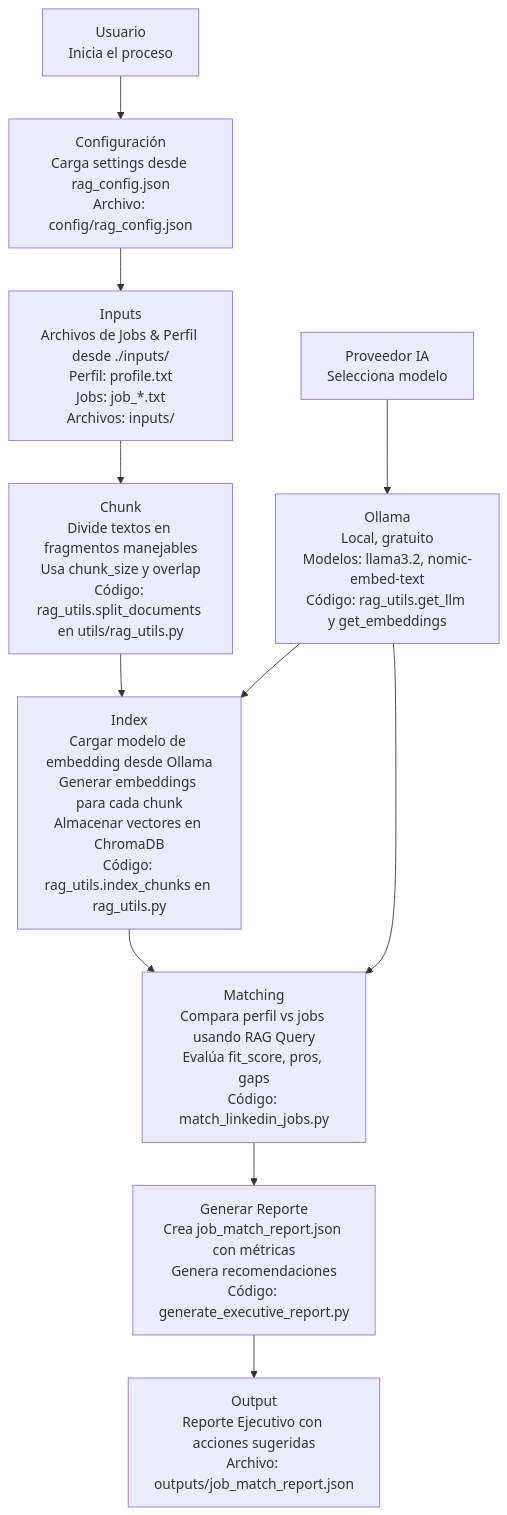
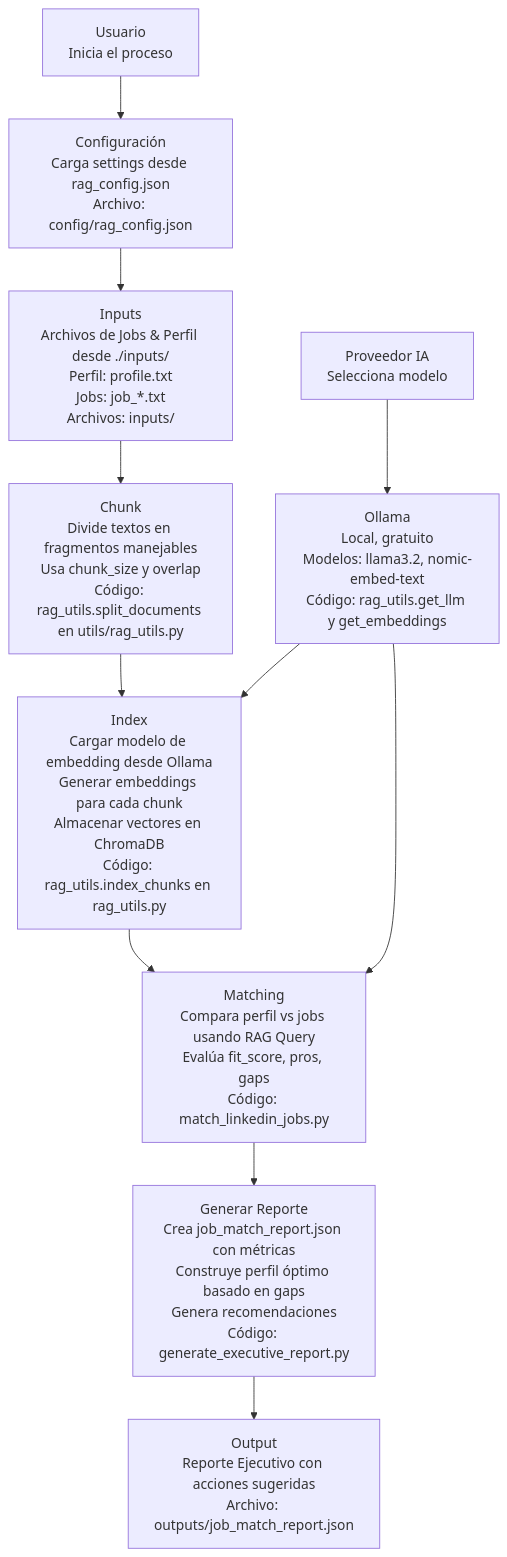
One commit to CristopherAn/por_ia changed the diagram in README.md. Above: the diagram before and after it, drawn with Mermaid. The commit also changed 1 other file, not shown here.

Commit message:
Add optimal profile building functionality to executive report generation

````diff
--- a/README.md
+++ b/README.md
@@ -11,18 +11,18 @@
 ```mermaid
 flowchart TD
     A[Usuario<br/>Inicia el proceso] --> B[Configuración<br/>Carga settings desde rag_config.json<br/>Archivo: config/rag_config.json]
     B --> C[Inputs<br/>Archivos de Jobs & Perfil desde ./inputs/<br/>Perfil: profile.txt<br/>Jobs: job_*.txt<br/>Archivos: inputs/]
     
     C --> D[Chunk<br/>Divide textos en fragmentos manejables<br/>Usa chunk_size y overlap<br/>Código: rag_utils.split_documents en utils/rag_utils.py]
     D --> E[Index<br/>Cargar modelo de embedding desde Ollama<br/>Generar embeddings para cada chunk<br/>Almacenar vectores en ChromaDB<br/>Código: rag_utils.index_chunks en rag_utils.py]
     
     E --> F[Matching<br/>Compara perfil vs jobs usando RAG Query<br/>Evalúa fit_score, pros, gaps<br/>Código: match_linkedin_jobs.py]
-    F --> G[Generar Reporte<br/>Crea job_match_report.json con métricas<br/>Genera recomendaciones<br/>Código: generate_executive_report.py]
+    F --> G[Generar Reporte<br/>Crea job_match_report.json con métricas<br/>Construye perfil óptimo basado en gaps<br/>Genera recomendaciones<br/>Código: generate_executive_report.py]
     
     H[Proveedor IA<br/>Selecciona modelo] --> I[Ollama<br/>Local, gratuito<br/>Modelos: llama3.2, nomic-embed-text<br/>Código: rag_utils.get_llm y get_embeddings]
     
     I --> E
     I --> F
     
     G --> J[Output<br/>Reporte Ejecutivo con acciones sugeridas<br/>Archivo: outputs/job_match_report.json]
 ```
````
